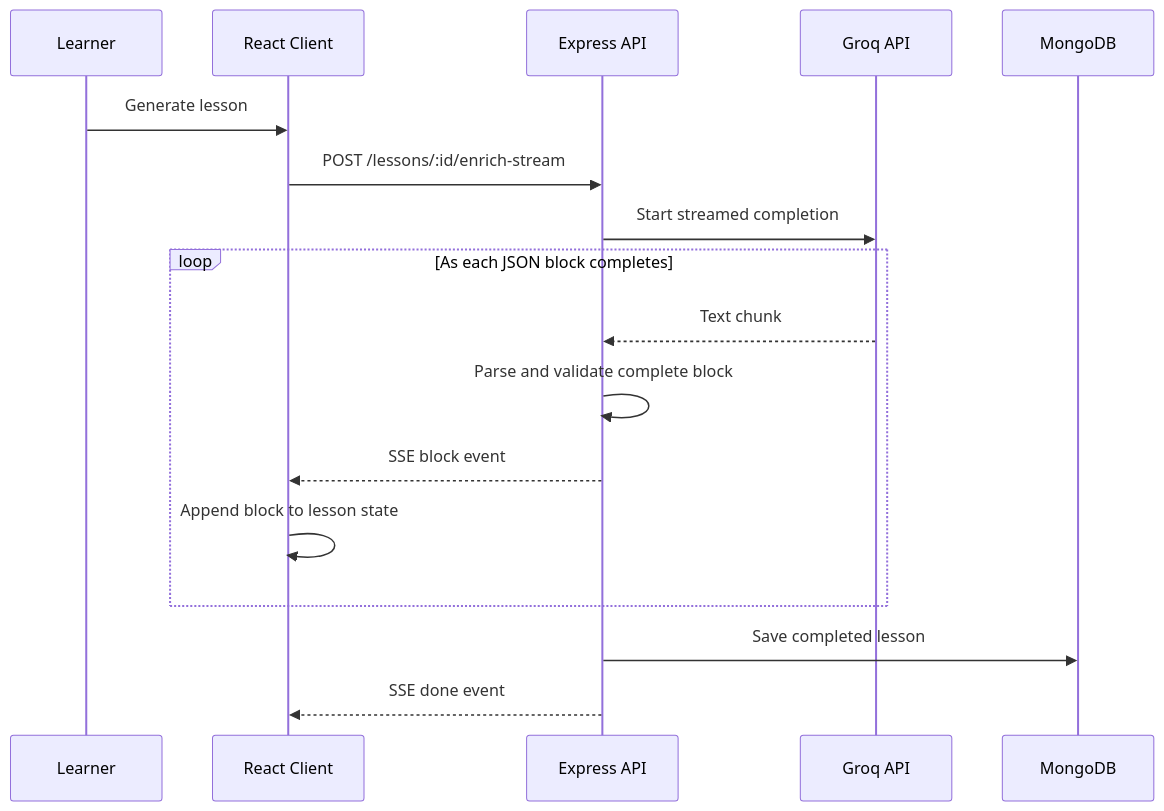
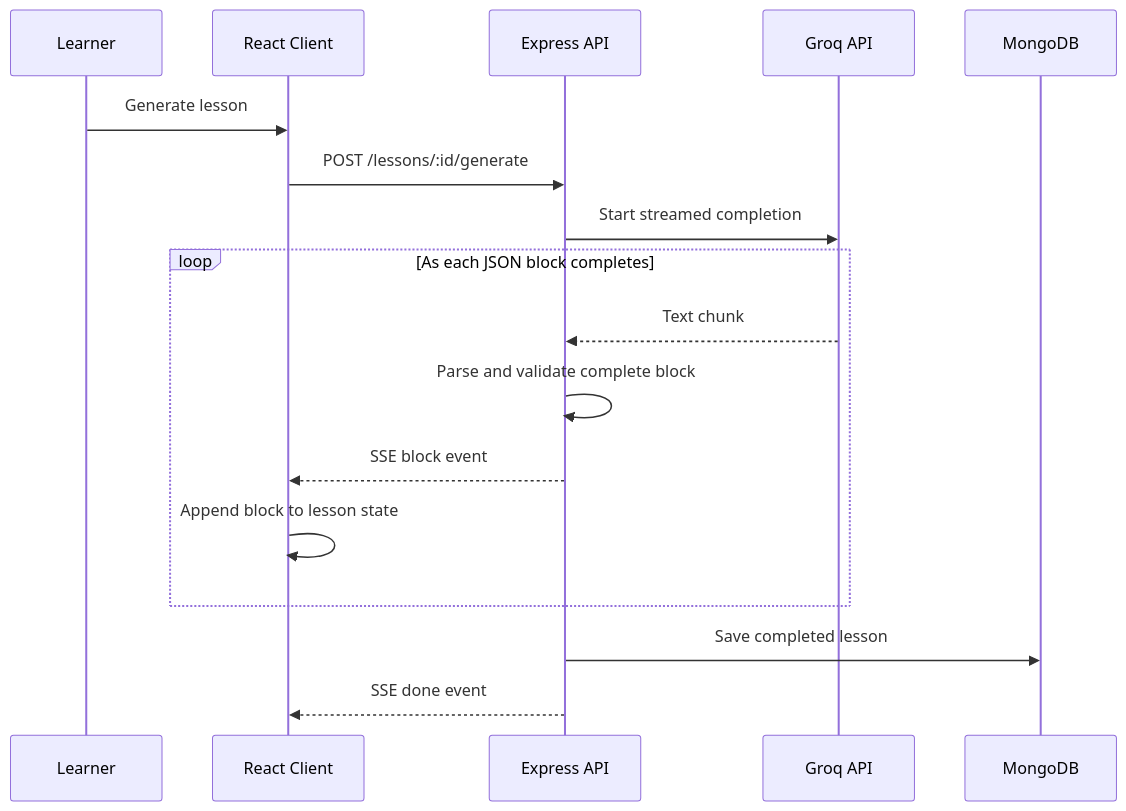
The first of 2 diagrams in README.md (yeshwanth9py/AI-coursegenerator), drawn with Mermaid before and after one commit. The commit also changed other lines of this file and 32 other files, not shown here.

````diff
--- a/README.md
+++ b/README.md
@@ -47,20 +47,20 @@
 ```mermaid
 sequenceDiagram
     participant U as Learner
     participant R as React Client
     participant E as Express API
     participant G as Groq API
     participant M as MongoDB
 
     U->>R: Generate lesson
-    R->>E: POST /lessons/:id/enrich-stream
+    R->>E: POST /lessons/:id/generate
     E->>G: Start streamed completion
     loop As each JSON block completes
         G-->>E: Text chunk
         E->>E: Parse and validate complete block
         E-->>R: SSE block event
         R->>R: Append block to lesson state
     end
     E->>M: Save completed lesson
     E-->>R: SSE done event
 ```
````
